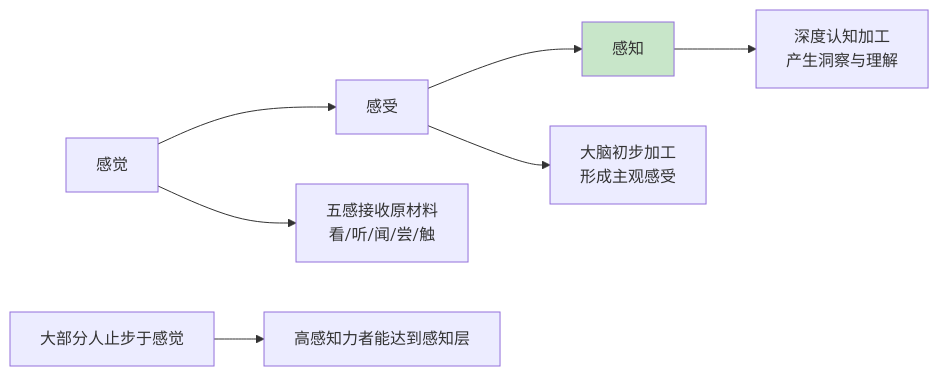
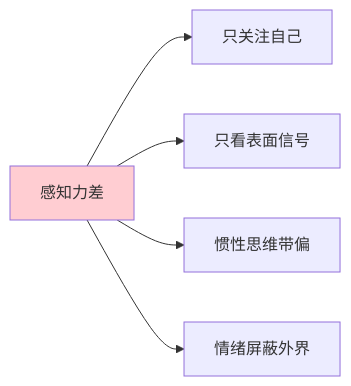
One commit to chongyang211/YCBookBlog changed the second of 7 diagrams in 10.打工充平常记录/10.自我精进七课/07.底层思维的训练/7.3感知能力的提升.md. Above: the diagram before and after it, drawn with Mermaid. The commit also changed other lines of this file and 55 other files, not shown here.

````diff
--- a/10.打工充平常记录/10.自我精进七课/07.底层思维的训练/7.3感知能力的提升.md
+++ b/10.打工充平常记录/10.自我精进七课/07.底层思维的训练/7.3感知能力的提升.md
@@ -59,9 +75,8 @@
 ```mermaid
 graph LR
-    A[感觉] --> B[感受] --> C[感知]
-    A --> A1[五感接收原材料<br>看/听/闻/尝/触]
-    B --> B1[大脑初步加工<br>形成主观感受]
-    C --> C1[深度认知加工<br>产生洞察与理解]
-    D[大部分人止步于感觉] --> E[高感知力者能达到感知层]
-    style C fill:#c8e6c9
+    A[感知力差] --> B[只关注自己]
+    A --> C[只看表面信号]
+    A --> D[惯性思维带偏]
+    A --> E[情绪屏蔽外界]
+    style A fill:#ffcdd2
 ```
````
